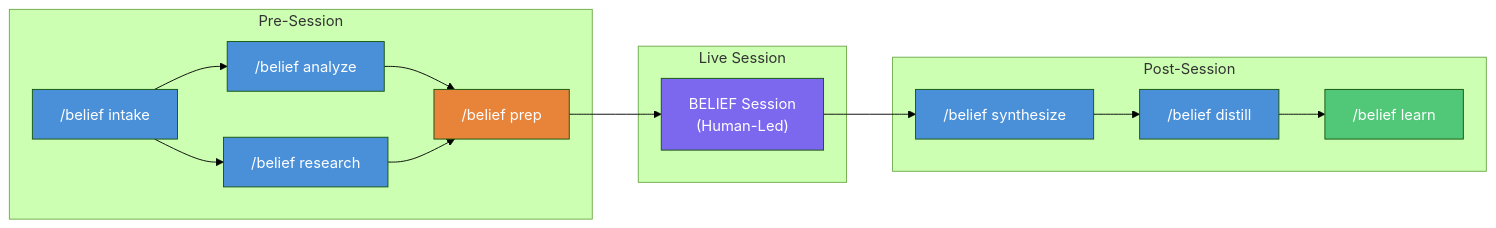
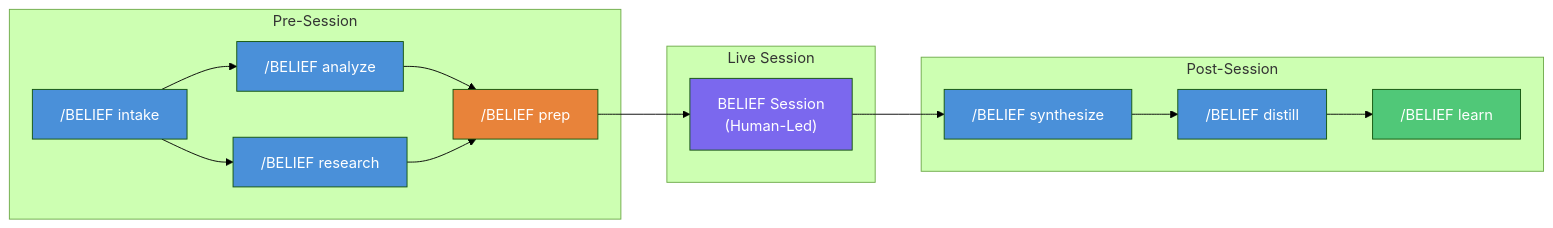
One commit to TheMikeFactoryMustGrow/belief-plugin changed the first of 4 diagrams in docs/BELIEF-FLOW.md. Above: the diagram before and after it, drawn with Mermaid (forest theme). The commit also changed other lines of this file and 15 other files, not shown here.

````diff
--- a/docs/BELIEF-FLOW.md
+++ b/docs/BELIEF-FLOW.md
@@ -5,37 +5,37 @@
 ```mermaid
 flowchart LR
     subgraph PRE["Pre-Session"]
-        intake["/belief intake"]
-        analyze["/belief analyze"]
-        research["/belief research"]
-        prep["/belief prep"]
+        intake["/BELIEF intake"]
+        analyze["/BELIEF analyze"]
+        research["/BELIEF research"]
+        prep["/BELIEF prep"]
     end
 
     subgraph SESSION["Live Session"]
         live["BELIEF Session\n(Human-Led)"]
     end
 
     subgraph POST["Post-Session"]
-        synthesize["/belief synthesize"]
-        distill["/belief distill"]
-        learn["/belief learn"]
+        synthesize["/BELIEF synthesize"]
+        distill["/BELIEF distill"]
+        learn["/BELIEF learn"]
     end
 
     intake --> analyze
     intake --> research
     analyze --> prep
     research --> prep
     prep --> live
     live --> synthesize
     synthesize --> distill
     distill --> learn
 
     style intake fill:#4A90D9,color:#fff
     style analyze fill:#4A90D9,color:#fff
     style research fill:#4A90D9,color:#fff
     style prep fill:#E8833A,color:#fff
     style live fill:#7B68EE,color:#fff
     style synthesize fill:#4A90D9,color:#fff
     style distill fill:#4A90D9,color:#fff
     style learn fill:#50C878,color:#fff
 ```
````
